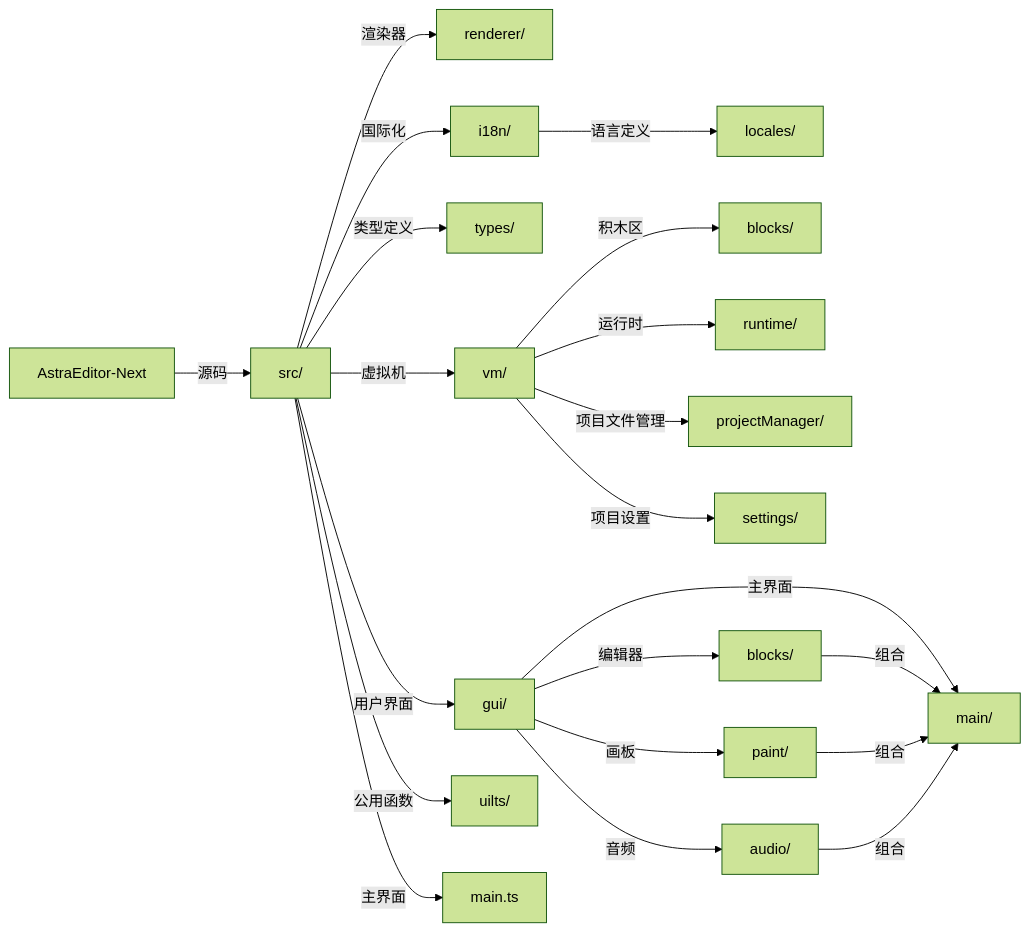
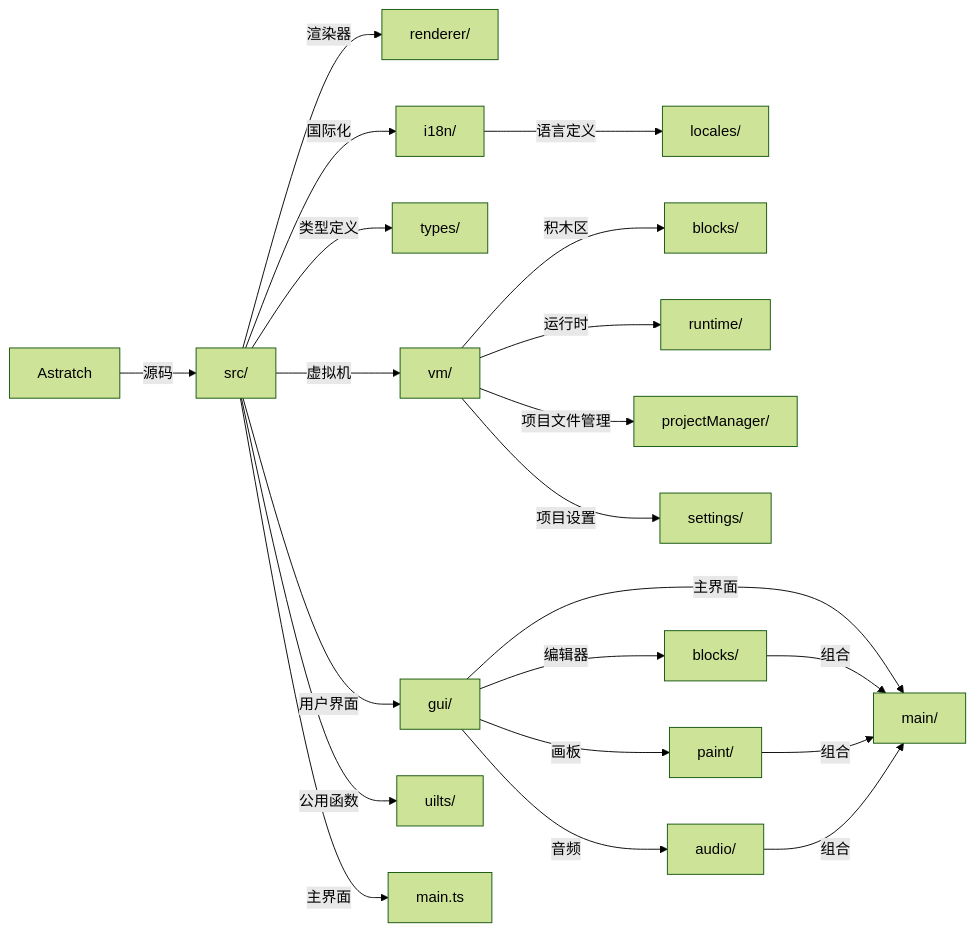
Before and after one commit to TheAstrasTeam/Astratch: the diagram in README.md, drawn with Mermaid (forest theme). The commit also changed other lines of this file and 11 other files, not shown here.

````diff
--- a/README.md
+++ b/README.md
@@ -35,28 +32,28 @@
 ```mermaid
 graph LR
-        A[AstraEditor-Next]
+        A[Astratch]
 
         A --> |源码|B[src/]
 
         B --> |渲染器|C[renderer/]
         B --> |国际化|O[i18n/]
         B --> |类型定义|TP[types/]
 
         O --> |语言定义| LD[locales/]
 
         B --> |虚拟机|D[vm/]
         D --> |积木区|BLK[blocks/]
         D --> |运行时|RUNTIME[runtime/]
         D --> |项目文件管理|PM[projectManager/]
         D --> |项目设置|PS[settings/]
         B --> |用户界面|E[gui/]
         E --> |主界面|K[main/]
         E --> |编辑器|G[blocks/]
         E --> |画板|H[paint/]
         E --> |音频|I[audio/]
         G --> |组合| K
         H --> |组合| K
         I --> |组合| K
         B --> |公用函数|F[uilts/]
         B --> |主界面|MAIN[main.ts]
 ```
````
